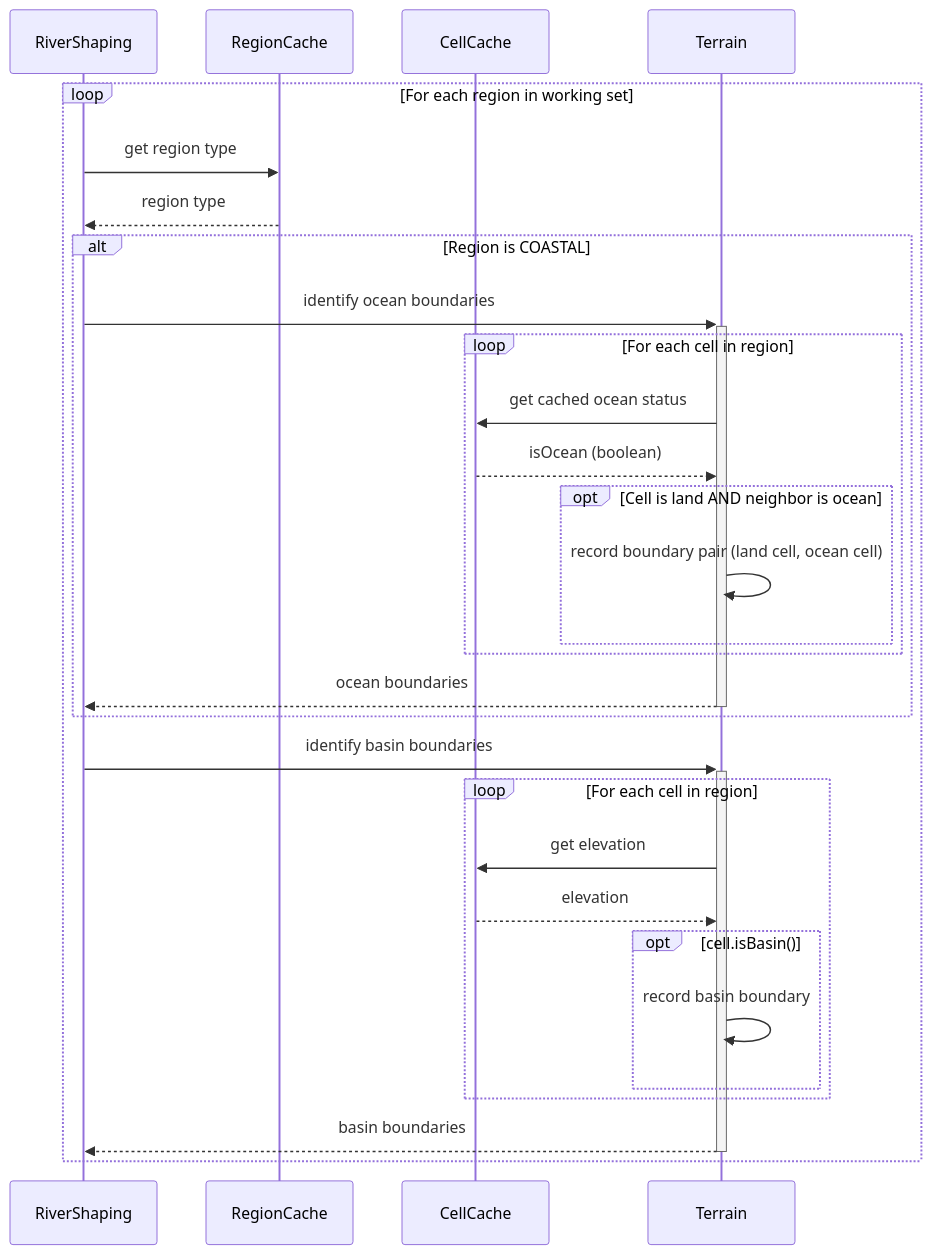
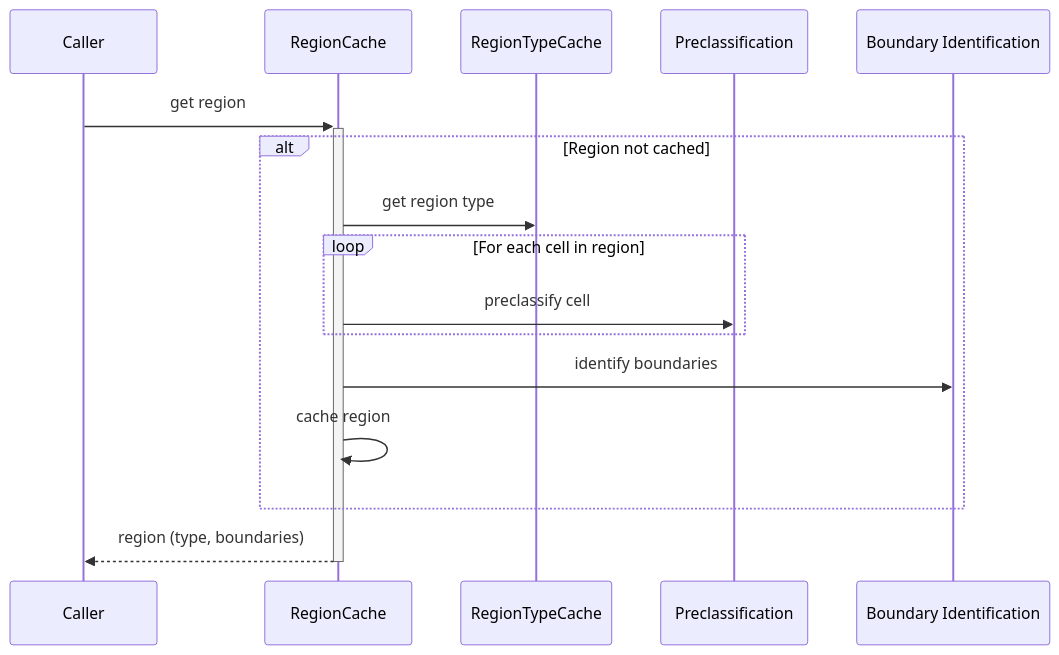
The ninth of 22 diagrams in docs/features/rivers/Rough Diagrams.md (SoSly/RiverTale), drawn with Mermaid before and after one commit. The commit also changed other lines of this file and 33 other files, not shown here.

Commit message:
docs: replace stale feature docs with an accurate rough diagrams map

````diff
--- a/docs/features/rivers/Rough Diagrams.md
+++ b/docs/features/rivers/Rough Diagrams.md
@@ -228,38 +308,21 @@
 ```mermaid
 sequenceDiagram
-    participant RiverShaping
+    participant Caller
     participant RegionCache
-    participant CellCache
-    participant Terrain
+    participant RegionTypeCache
+    participant Preclassification
+    participant Boundaries as Boundary Identification
 
-    loop For each region in working set
-        RiverShaping ->> RegionCache: get region type
-        RegionCache -->> RiverShaping: region type
+    Caller ->>+ RegionCache: get region
 
-        alt Region is COASTAL
-            RiverShaping ->>+ Terrain: identify ocean boundaries
+    alt Region not cached
+        RegionCache ->> RegionTypeCache: get region type
+        loop For each cell in region
+            RegionCache ->> Preclassification: preclassify cell
+        end
+        RegionCache ->> Boundaries: identify boundaries
+        RegionCache ->> RegionCache: cache region
+    end
 
-            loop For each cell in region
-                Terrain ->> CellCache: get cached ocean status
-                CellCache -->> Terrain: isOcean (boolean)
-                opt Cell is land AND neighbor is ocean
-                    Terrain ->> Terrain: record boundary pair (land cell, ocean cell)
-                end
-            end
-
-            Terrain -->>- RiverShaping: ocean boundaries
-        end
-
-        RiverShaping ->>+ Terrain: identify basin boundaries
-
-        loop For each cell in region
-            Terrain ->> CellCache: get elevation
-            CellCache -->> Terrain: elevation
-            opt cell.isBasin()
-                Terrain ->> Terrain: record basin boundary
-            end
-        end
-
-        Terrain -->>- RiverShaping: basin boundaries
-    end
+    RegionCache -->>- Caller: region (type, boundaries)
 ```
````
